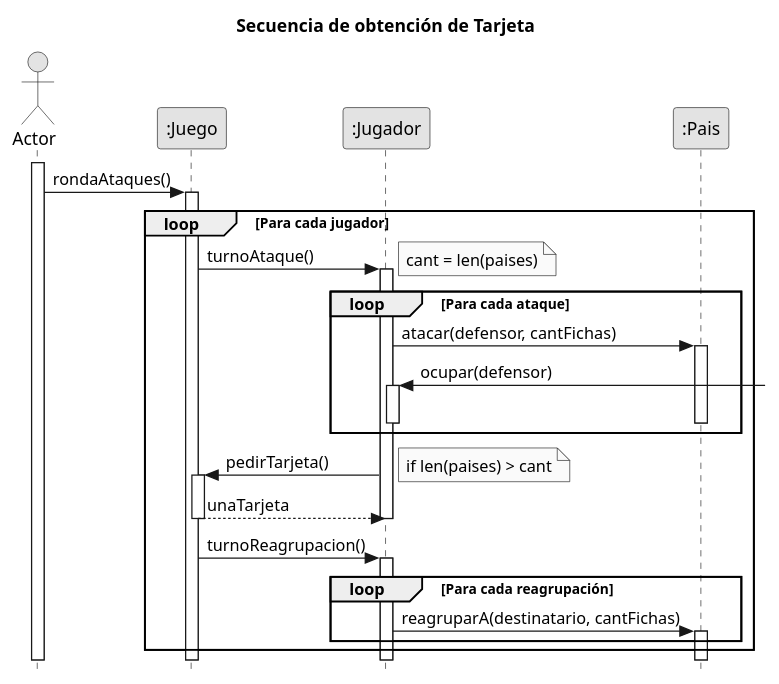
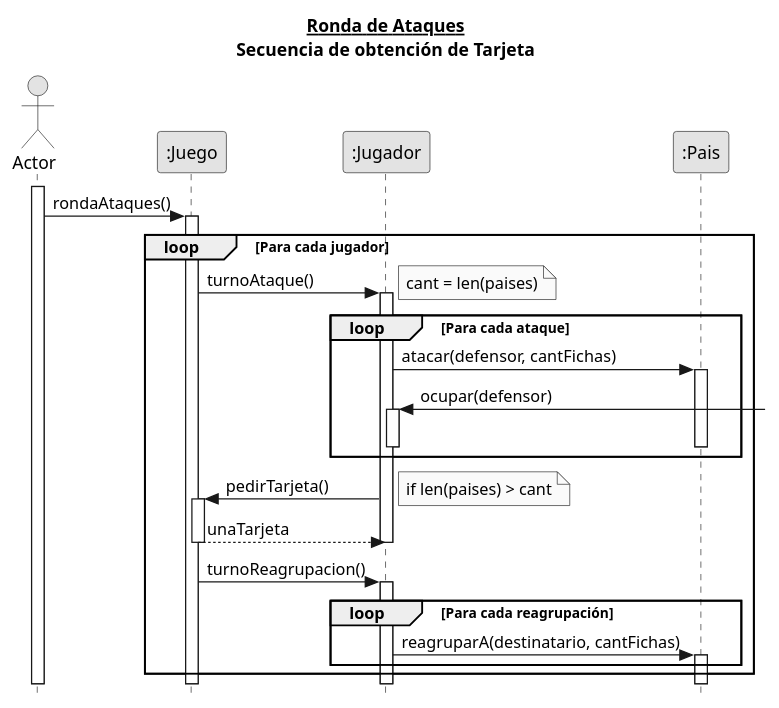
One commit to Gabrielsem/A.L.T.E.G.O. changed the diagram in UML/tarjetas.plantuml. Above: the diagram before and after it, drawn with PlantUML. The commit also changed 1 other file, not shown here.

Commit message:
inicio Tarjeta

```diff
--- a/UML/tarjetas.plantuml
+++ b/UML/tarjetas.plantuml
@@ -1,38 +1,41 @@
 @startuml
-title Secuencia de obtención de Tarjeta
+title
+**__Ronda de Ataques__**
+Secuencia de obtención de Tarjeta
+end title
 skinparam responseMessageBelowArrow true
 skinparam monochrome true
 skinparam style strictuml
 hide footbox
 
 actor Actor
 participant jueg as ":Juego"
 participant jug as ":Jugador"
 participant pais as ":Pais"
 
 Actor ++
 Actor -> jueg ++: rondaAtaques()
 
 loop Para cada jugador
     jueg -> jug ++: turnoAtaque()
     note right: cant = len(paises)
     loop Para cada ataque
         jug -> pais ++: atacar(defensor, cantFichas)
         jug <-] ++: ocupar(defensor)
         pais --
         jug --
     end loop
 
     jug -> jueg ++: pedirTarjeta()
     note right: if len(paises) > cant
     jueg --> jug --: unaTarjeta
     deactivate jug
 
     jueg -> jug ++: turnoReagrupacion()
     loop Para cada reagrupación
         jug -> pais ++: reagruparA(destinatario, cantFichas)
     end loop
 
 end loop
 
 @enduml
```
